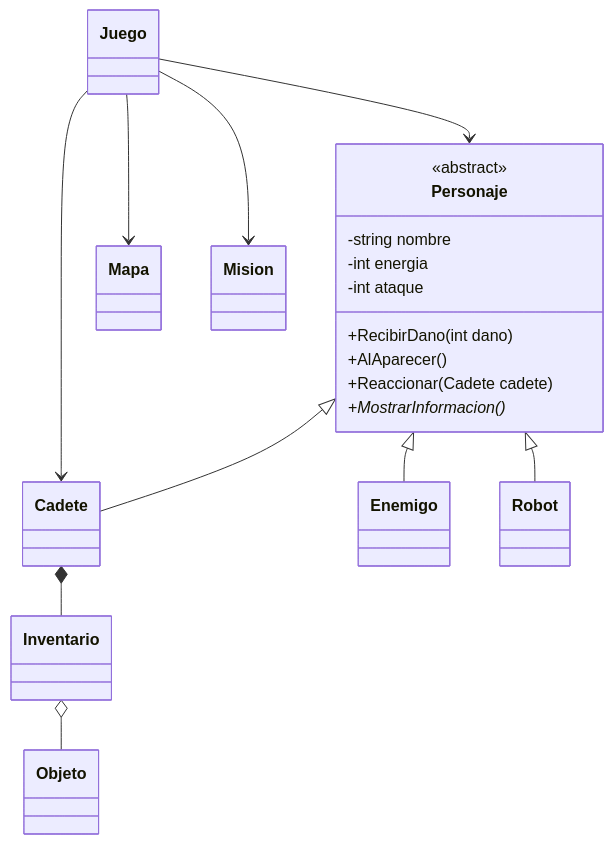
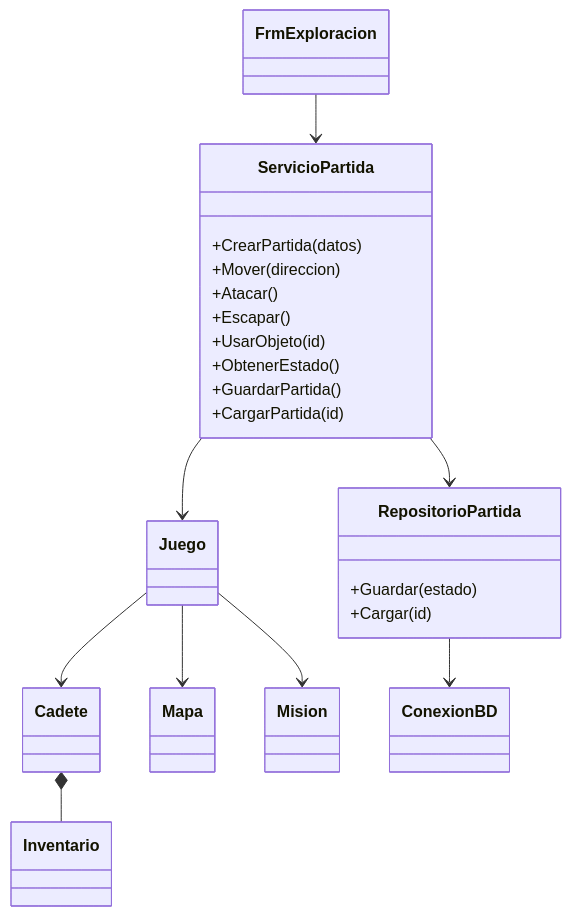
Before and after one commit to Benjipacheco69/NEXUS: the second of 2 diagrams in docs/evidencias/diagrama-clases.md, drawn with Mermaid. The commit also changed other lines of this file, not shown here.

```diff
--- a/docs/evidencias/diagrama-clases.md
+++ b/docs/evidencias/diagrama-clases.md
@@ -3,30 +101,32 @@
 ~~~mermaid
 classDiagram
- class Personaje {
-  <<abstract>>
-  -string nombre
-  -int energia
-  -int ataque
-  +RecibirDano(int dano)
-  +AlAparecer()
-  +Reaccionar(Cadete cadete)
-  +MostrarInformacion()*
+ class FrmExploracion
+ class ServicioPartida {
+  +CrearPartida(datos)
+  +Mover(direccion)
+  +Atacar()
+  +Escapar()
+  +UsarObjeto(id)
+  +ObtenerEstado()
+  +GuardarPartida()
+  +CargarPartida(id)
  }
+ class Juego
  class Cadete
- class Enemigo
- class Robot
- class Objeto
- class Inventario
  class Mapa
  class Mision
- class Juego
- Personaje <|-- Cadete
- Personaje <|-- Enemigo
- Personaje <|-- Robot
- Cadete *-- Inventario
- Inventario o-- Objeto
+ class Inventario
+ class RepositorioPartida {
+  +Guardar(estado)
+  +Cargar(id)
+ }
+ class ConexionBD
+ FrmExploracion --> ServicioPartida
+ ServicioPartida --> Juego
  Juego --> Cadete
  Juego --> Mapa
  Juego --> Mision
- Juego --> Personaje
+ Cadete *-- Inventario
+ ServicioPartida --> RepositorioPartida
+ RepositorioPartida --> ConexionBD
 ~~~
```
